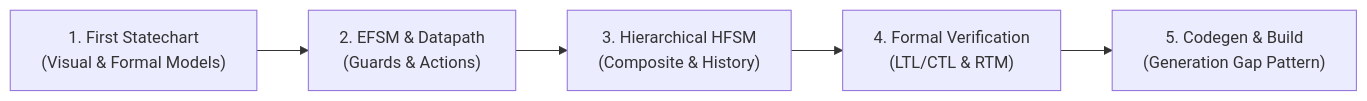
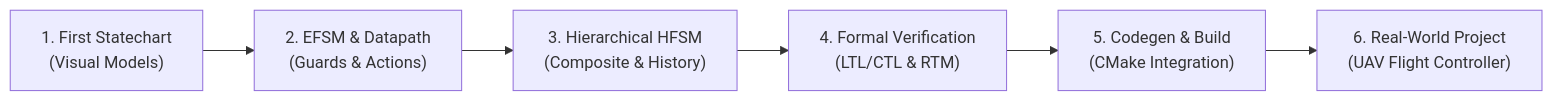
One commit to simoneCavalleri/fsmc changed the diagram in docs/tutorials/index.md. Above: the diagram before and after it, drawn with Mermaid. The commit also changed other lines of this file and 39 other files, not shown here.

Commit message:
docs: overhaul documentation hub, runtime guides, anti-patterns and add UAV controller capstone

````diff
--- a/docs/tutorials/index.md
+++ b/docs/tutorials/index.md
@@ -11,7 +9,8 @@
 ```mermaid
 flowchart LR
-    Step1["1. First Statechart<br/>(Visual & Formal Models)"] --> Step2["2. EFSM & Datapath<br/>(Guards & Actions)"]
+    Step1["1. First Statechart<br/>(Visual Models)"] --> Step2["2. EFSM & Datapath<br/>(Guards & Actions)"]
     Step2 --> Step3["3. Hierarchical HFSM<br/>(Composite & History)"]
     Step3 --> Step4["4. Formal Verification<br/>(LTL/CTL & RTM)"]
-    Step4 --> Step5["5. Codegen & Build<br/>(Generation Gap Pattern)"]
+    Step4 --> Step5["5. Codegen & Build<br/>(CMake Integration)"]
+    Step5 --> Step6["6. Real-World Project<br/>(UAV Flight Controller)"]
 ```
````
